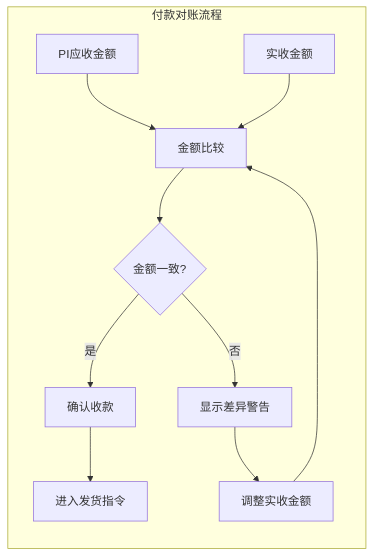
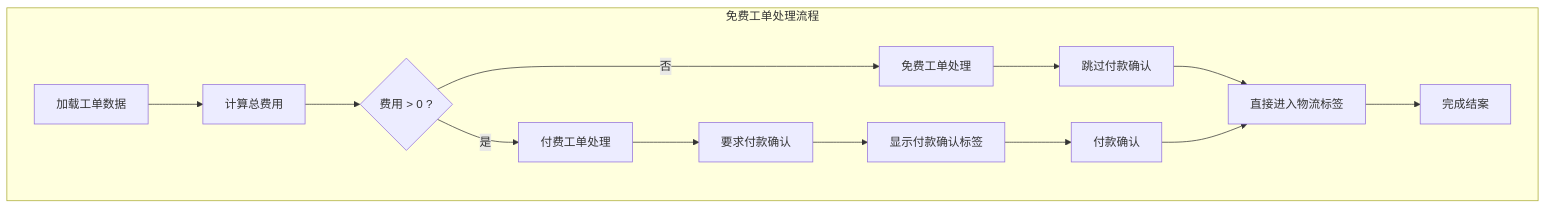
The seventh of 8 diagrams in .qoder/repowiki/zh/content/前端组件架构/服务工作流增强/结案交接模态框.md (CubeEdge/Longhorn), drawn with Mermaid before and after one commit. The commit also changed other lines of this file and 26 other files, not shown here.

````diff
--- a/.qoder/repowiki/zh/content/前端组件架构/服务工作流增强/结案交接模态框.md
+++ b/.qoder/repowiki/zh/content/前端组件架构/服务工作流增强/结案交接模态框.md
@@ -283,13 +284,16 @@
 ```mermaid
-flowchart LR
-subgraph "付款对账流程"
-PI[PI应收金额] --> Compare[金额比较]
-Actual[实收金额] --> Compare
-Compare --> Match{金额一致?}
-Match --> |是| Confirmed[确认收款]
-Match --> |否| Warning[显示差异警告]
-Warning --> Adjust[调整实收金额]
-Adjust --> Compare
-Confirmed --> Next[进入发货指令]
+flowchart TD
+subgraph "免费工单处理流程"
+LoadTicket[加载工单数据] --> CalcCost[计算总费用]
+CalcCost --> CheckCost{费用 > 0 ?}
+CheckCost --> |是| PaidTicket[付费工单处理]
+CheckCost --> |否| FreeTicket[免费工单处理]
+PaidTicket --> RequirePayment[要求付款确认]
+FreeTicket --> SkipPayment[跳过付款确认]
+RequirePayment --> PaymentTab[显示付款确认标签]
+SkipPayment --> LogisticsTab[直接进入物流标签]
+PaymentTab --> PaymentConfirmed[付款确认]
+PaymentConfirmed --> LogisticsTab
+LogisticsTab --> Complete[完成结案]
 end
 ```
````
